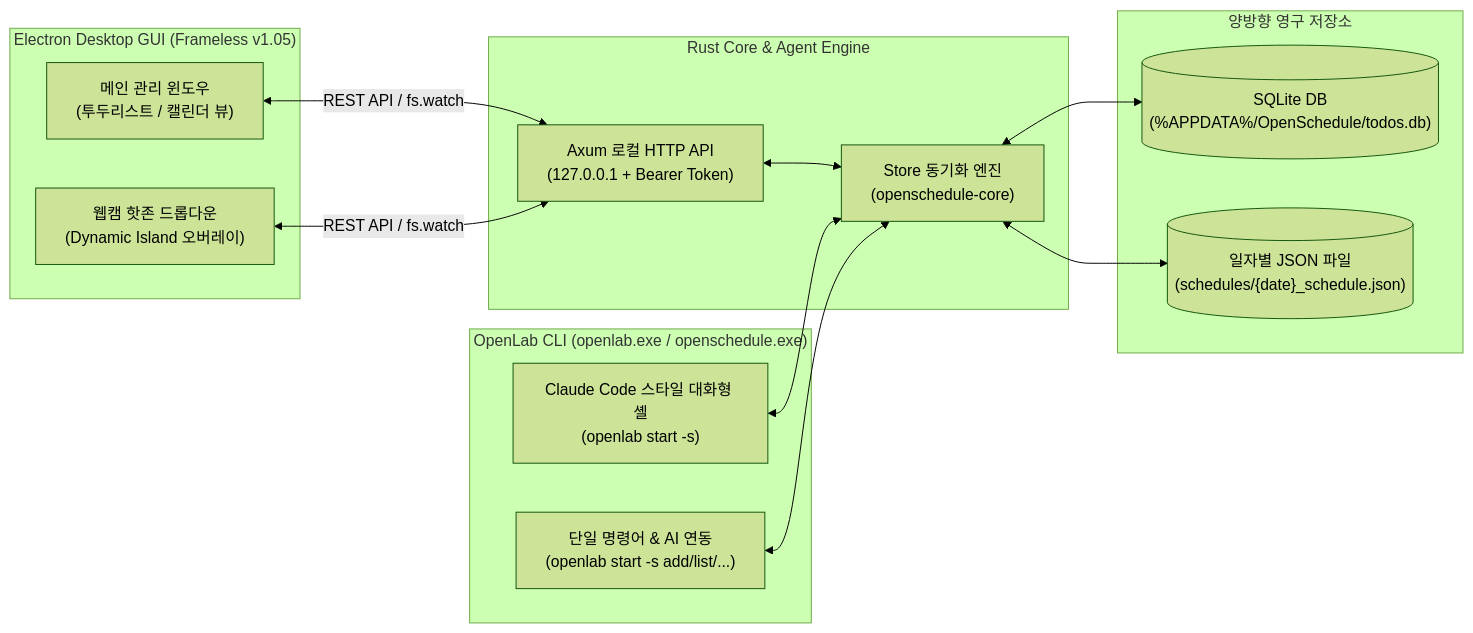
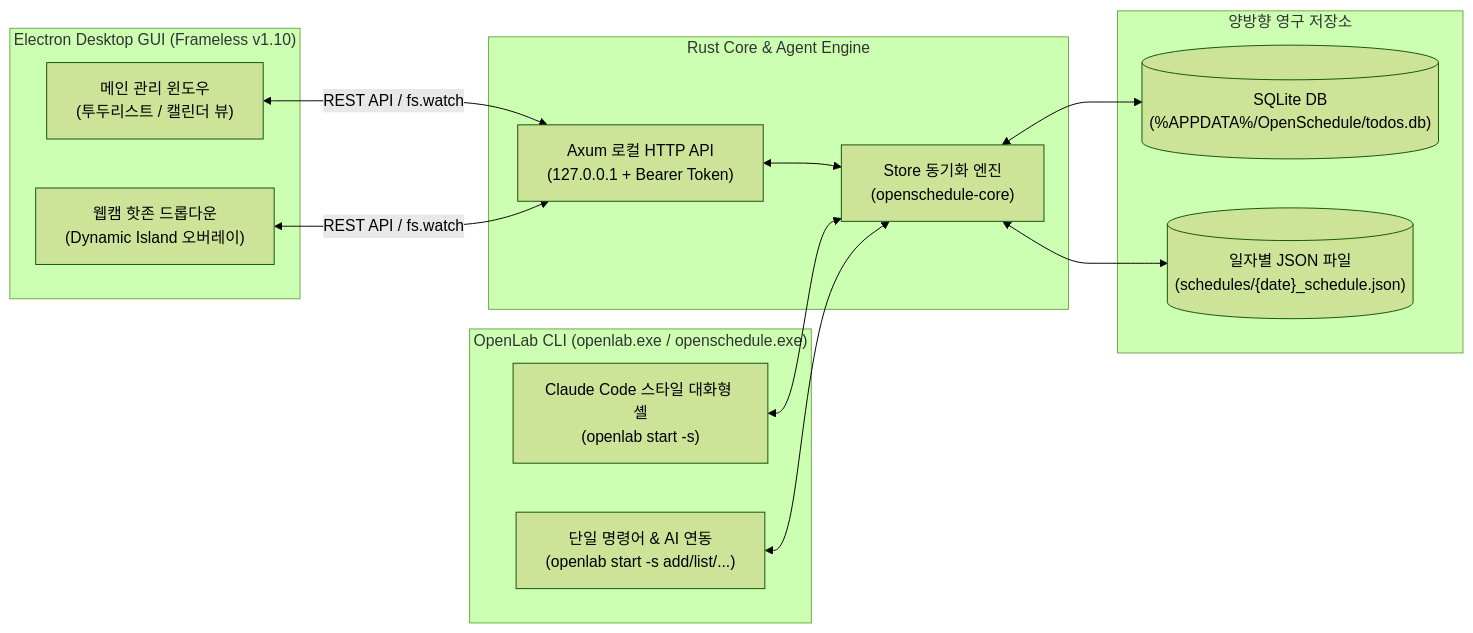
Before and after one commit to ksh6940/Open-Schdule: the diagram in README.md, drawn with Mermaid (forest theme). The commit also changed other lines of this file and 29 other files, not shown here.

````diff
--- a/README.md
+++ b/README.md
@@ -54,30 +66,30 @@
 ```mermaid
 flowchart LR
-    subgraph Frontend["Electron Desktop GUI (Frameless v1.05)"]
+    subgraph Frontend["Electron Desktop GUI (Frameless v1.10)"]
         MainWin["메인 관리 윈도우\n(투두리스트 / 캘린더 뷰)"]
         OverlayWin["웹캠 핫존 드롭다운\n(Dynamic Island 오버레이)"]
     end
 
     subgraph CLI["OpenLab CLI (openlab.exe / openschedule.exe)"]
         InteractiveCLI["Claude Code 스타일 대화형 셸\n(openlab start -s)"]
         OneShotCLI["단일 명령어 & AI 연동\n(openlab start -s add/list/...)"]
     end
 
     subgraph Backend["Rust Core & Agent Engine"]
         AxumAPI["Axum 로컬 HTTP API\n(127.0.0.1 + Bearer Token)"]
         StoreEngine["Store 동기화 엔진\n(openschedule-core)"]
     end
 
     subgraph Storage["양방향 영구 저장소"]
         SQLite[("SQLite DB\n(%APPDATA%/OpenSchedule/todos.db)")]
         DateJSON[("일자별 JSON 파일\n(schedules/{date}_schedule.json)")]
     end
 
     MainWin <-->|"REST API / fs.watch"| AxumAPI
     OverlayWin <-->|"REST API / fs.watch"| AxumAPI
     AxumAPI <--> StoreEngine
     InteractiveCLI <--> StoreEngine
     OneShotCLI <--> StoreEngine
     StoreEngine <--> SQLite
     StoreEngine <--> DateJSON
 ```
````
